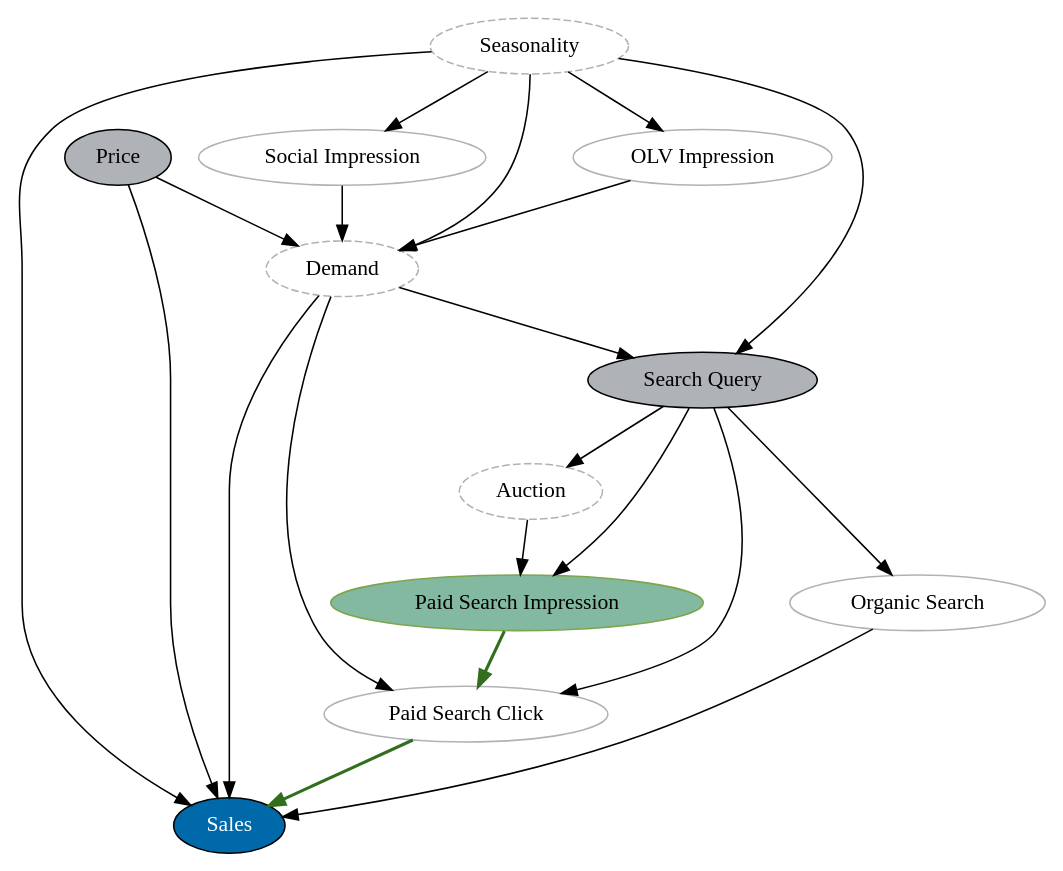
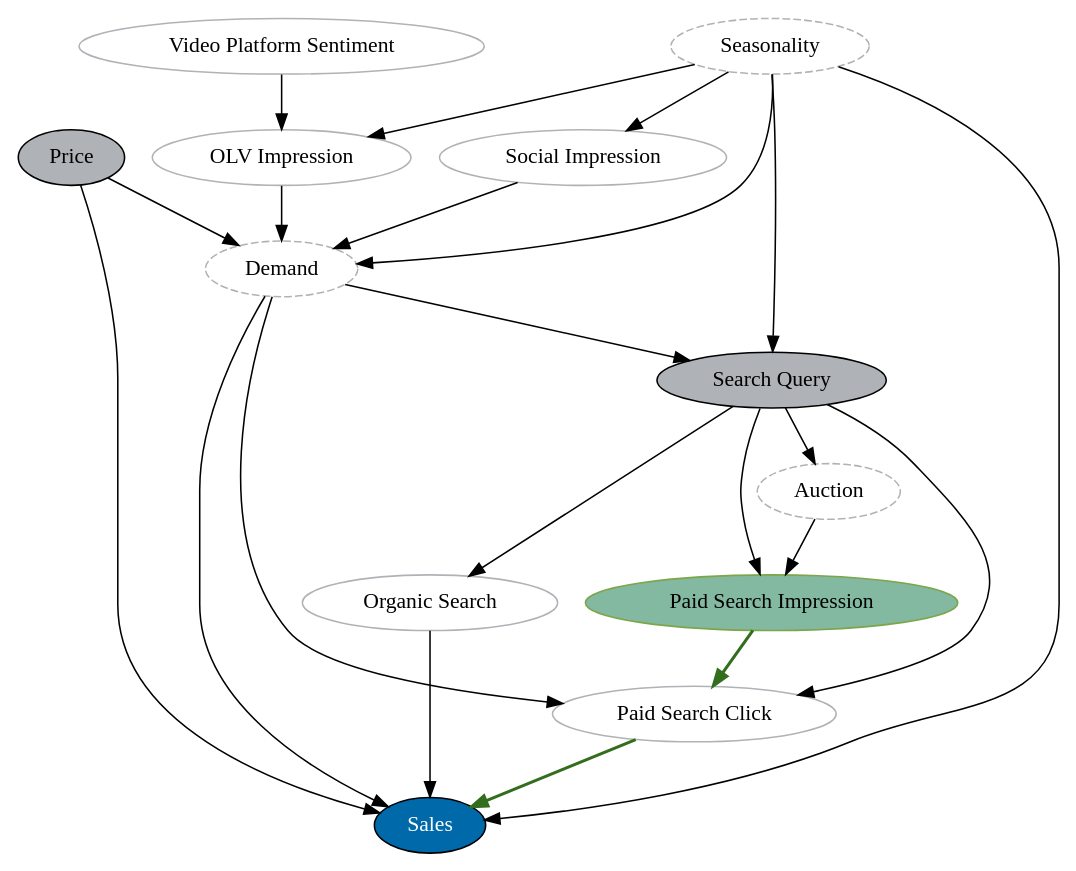
One commit to redam94/common_regression_issues changed the diagram in nbs/graphs/vifs/paid-search-to-sales-adjusted.dot. Above: the diagram before and after it, drawn with Graphviz. The commit also changed 7 other files, not shown here.

```diff
--- a/nbs/graphs/vifs/paid-search-to-sales-adjusted.dot
+++ b/nbs/graphs/vifs/paid-search-to-sales-adjusted.dot
@@ -1,36 +1,34 @@
 digraph "Paid Media on Sales" {
-  splines=spline;
-  overlap=false;
-  start=1;
   //Exposure
   "Paid Search Impression" [color="#7DA54B" fillcolor="#82B9A0" style=filled];
   //Outcome
   Sales [fillcolor="#0069AA" fontcolor=white style=filled];
   //Adjusted
   Price, "Search Query" [fillcolor="#AFB3B7" style=filled]
   //Un-Observed
-  "OLV Impression", "Social Impression" [color="#AFB3B7"]; 
+  "OLV Impression", "Social Impression", "Video Platform Sentiment"[color="#AFB3B7"]; 
   "Paid Search Click", "Organic Search" [color="#AFB3B7"];
   //Un-Observable
   Seasonality, Demand, Auction [color="#AFB3B7" style=dashed];
   Seasonality -> "OLV Impression";
+  "Video Platform Sentiment" -> "OLV Impression";
   "OLV Impression" -> Demand;
   Seasonality -> Demand;
   Seasonality -> "Social Impression";
   "Social Impression" -> Demand;
   "Search Query" -> Auction;
   "Search Query" -> "Paid Search Impression";
   Auction -> "Paid Search Impression";
   Demand -> "Search Query";
   Seasonality -> "Search Query";
   "Paid Search Impression" -> "Paid Search Click" [color="#326E1E" style=bold];
   Demand -> "Paid Search Click";
   "Search Query" -> "Paid Search Click";
   "Search Query" -> "Organic Search";
   "Organic Search" -> Sales;
   Demand -> Sales;
   "Paid Search Click" -> Sales [color="#326E1E" style=bold];
   Price -> Demand;
   Price -> Sales;
   Seasonality -> Sales;
 }
```
